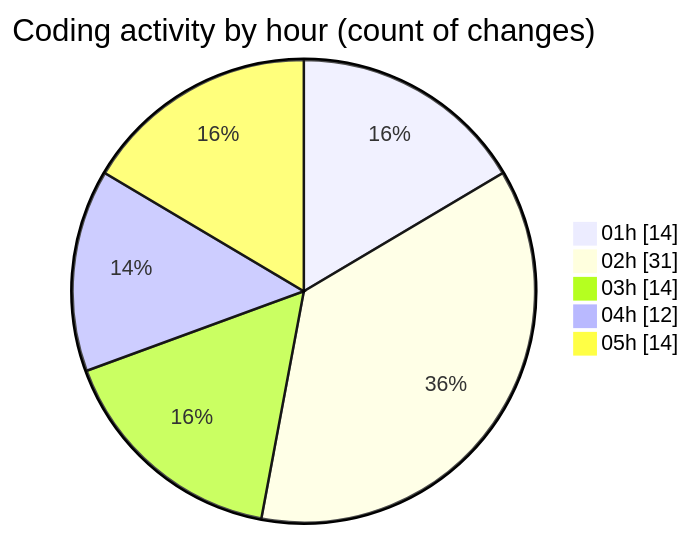
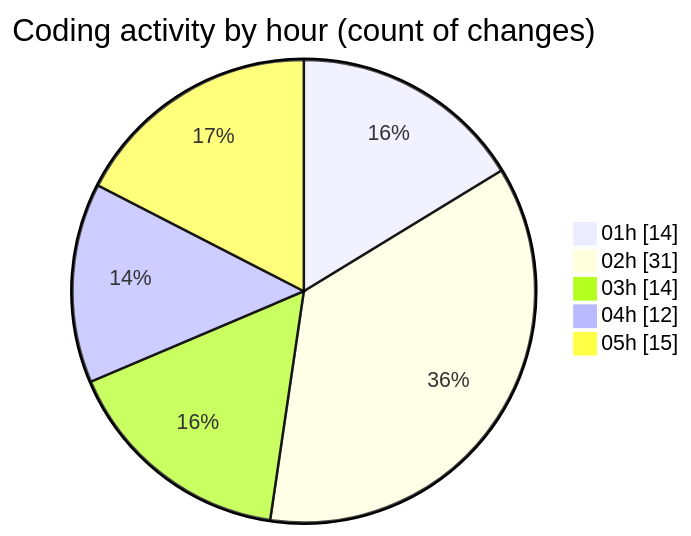
One commit to jrari/code-tracking changed the second of 2 diagrams in 2025-07-13/telebot/README.md. Above: the diagram before and after it, drawn with Mermaid. The commit also changed other lines of this file and 1 other file, not shown here.

````diff
--- a/2025-07-13/telebot/README.md
+++ b/2025-07-13/telebot/README.md
@@ -67,9 +67,9 @@
 ```mermaid
 pie showData
 title Coding activity by hour (count of changes)
 "01h" : 14
 "02h" : 31
 "03h" : 14
 "04h" : 12
-"05h" : 14
+"05h" : 15
 ```
````
